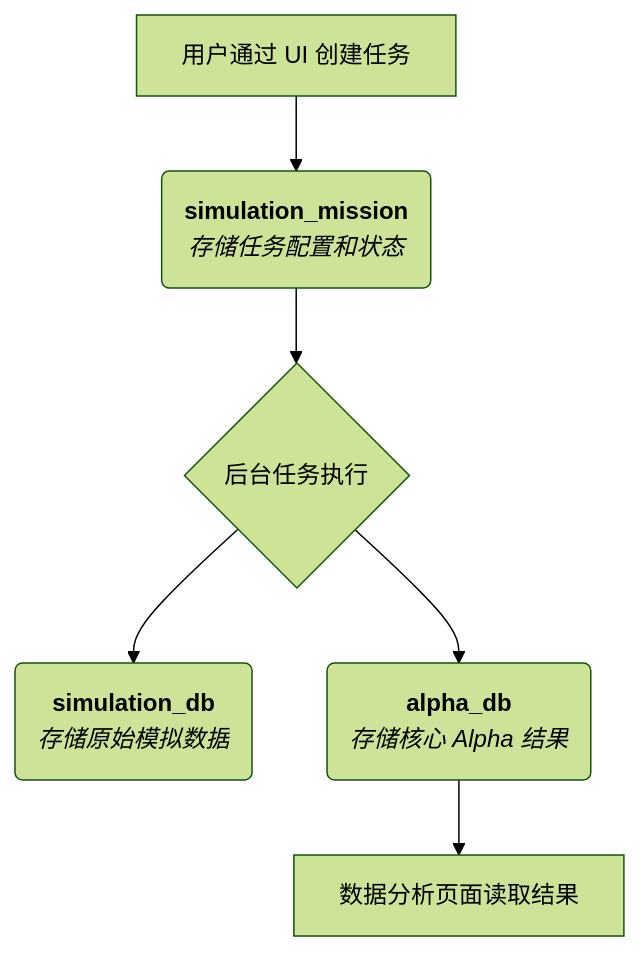
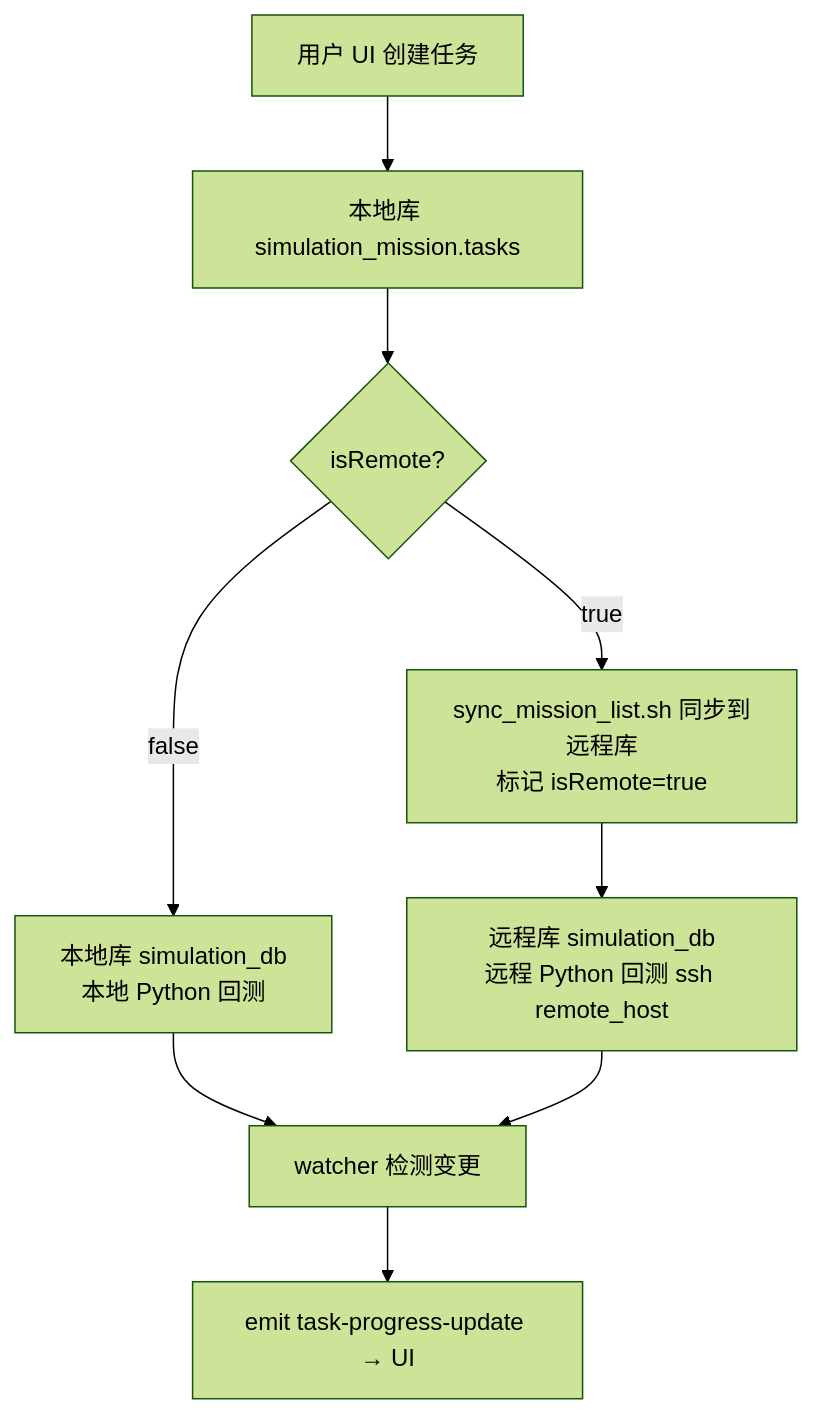
The diagram in README.md (roshameow/quantnight-frontend), drawn with Mermaid (forest theme) before and after one commit. The commit also changed other lines of this file and 1 other file, not shown here.

Commit message:
docs: 重写 README 架构章节——配置驱动的本地/远程模型、双库分流、watcher 事件流、数据流速查表

````diff
--- a/README.md
+++ b/README.md
@@ -37,8 +54,11 @@
 ```mermaid
 graph TD
-    A[用户通过 UI 创建任务] --> B(<b>simulation_mission</b><br/><i>存储任务配置和状态</i>);
-    B --> C{后台任务执行};
-    C --> D(<b>simulation_db</b><br/><i>存储原始模拟数据</i>);
-    C --> E(<b>alpha_db</b><br/><i>存储核心 Alpha 结果</i>);
-    E --> F[数据分析页面读取结果];
+    A[用户 UI 创建任务] --> B[本地库 simulation_mission.tasks]
+    B --> C{isRemote?}
+    C -- false --> D[本地库 simulation_db<br/>本地 Python 回测]
+    C -- true --> E[sync_mission_list.sh 同步到远程库<br/>标记 isRemote=true]
+    E --> F[远程库 simulation_db<br/>远程 Python 回测 ssh remote_host]
+    D --> G[watcher 检测变更]
+    F --> G
+    G --> H[emit task-progress-update → UI]
 ```
````
